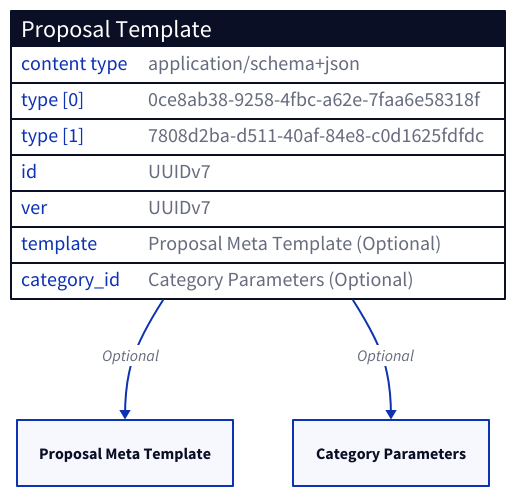
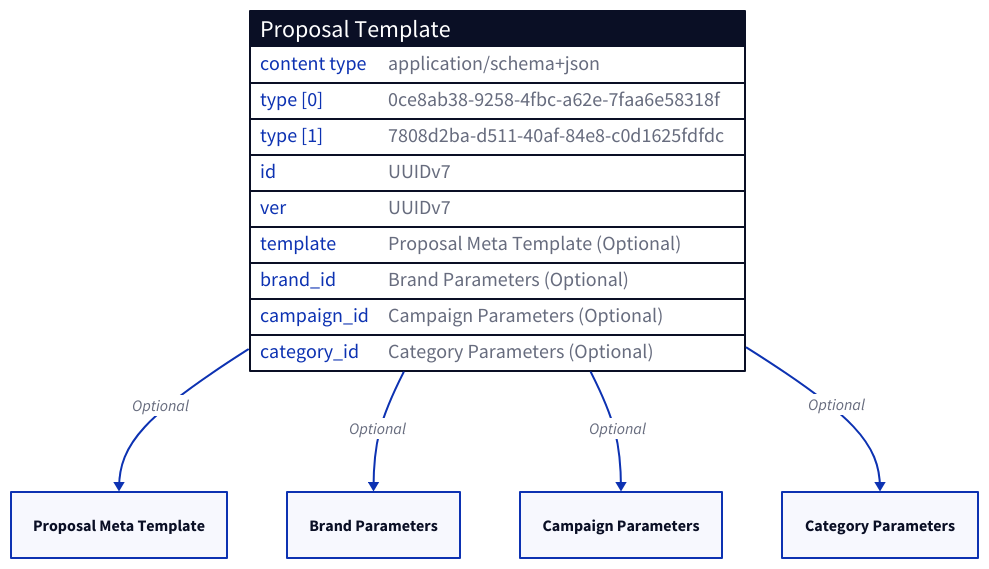
One commit to input-output-hk/catalyst-libs changed the diagram in docs/src/architecture/08_concepts/signed_doc/docs/proposal_template.md. Above: the diagram before and after it, drawn with D2. The commit also changed other lines of this file and 31 other files, not shown here.

````diff
--- a/docs/src/architecture/08_concepts/signed_doc/docs/proposal_template.md
+++ b/docs/src/architecture/08_concepts/signed_doc/docs/proposal_template.md
@@ -15,16 +15,20 @@
 ```d2 layout="elk"
 "Proposal Template": {
   shape: sql_table
   "content type": application/schema+json
   "type [0]": 0ce8ab38-9258-4fbc-a62e-7faa6e58318f
   "type [1]": 7808d2ba-d511-40af-84e8-c0d1625fdfdc
   "id": UUIDv7
   "ver": UUIDv7
   "template": Proposal Meta Template (Optional)
+  "brand_id": Brand Parameters (Optional)
+  "campaign_id": Campaign Parameters (Optional)
   "category_id": Category Parameters (Optional)
 
 }
 
 "Proposal Template"."template"->"Proposal Meta Template": Optional
+"Proposal Template"."brand_id"->"Brand Parameters": Optional
+"Proposal Template"."campaign_id"->"Campaign Parameters": Optional
 "Proposal Template"."category_id"->"Category Parameters": Optional
 ```
````
